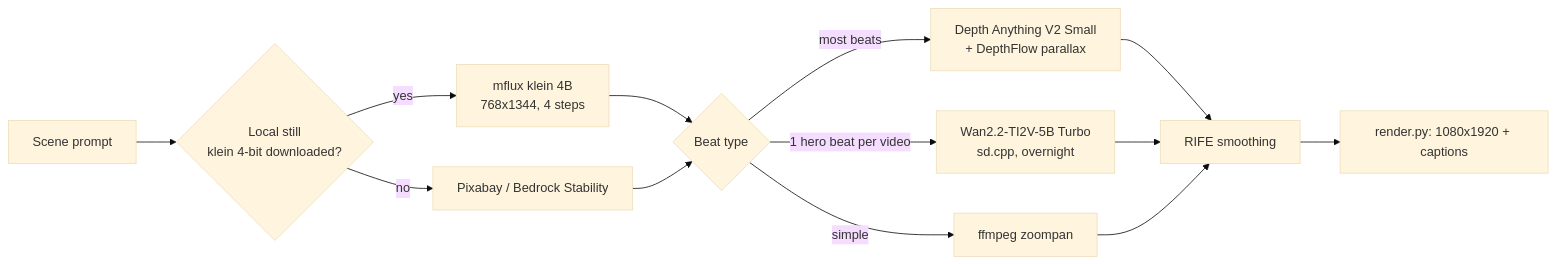
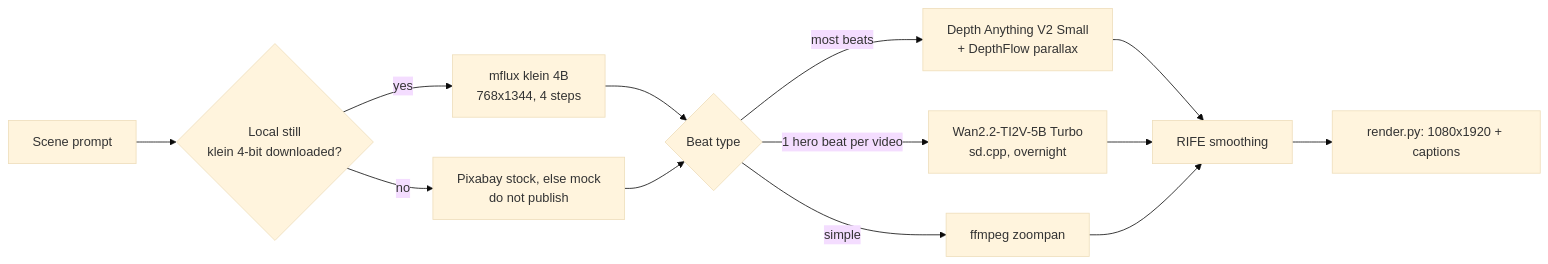
One commit to bibekgupta3333/instagram_automation changed the diagram in docs/4-production/18-local-image-video-models.md. Above: the diagram before and after it, drawn with Mermaid (base theme). The commit also changed other lines of this file and 22 other files, not shown here.

````diff
--- a/docs/4-production/18-local-image-video-models.md
+++ b/docs/4-production/18-local-image-video-models.md
@@ -25,12 +25,12 @@
 ```mermaid
 flowchart LR
     S[Scene prompt] --> I{Local still<br/>klein 4-bit downloaded?}
     I -->|yes| K[mflux klein 4B<br/>768x1344, 4 steps]
-    I -->|no| P[Pixabay / Bedrock Stability]
+    I -->|no| P[Pixabay stock, else mock<br/>do not publish]
     K --> M{Beat type}
     P --> M
     M -->|most beats| D[Depth Anything V2 Small<br/>+ DepthFlow parallax]
     M -->|1 hero beat per video| W[Wan2.2-TI2V-5B Turbo<br/>sd.cpp, overnight]
     M -->|simple| Z[ffmpeg zoompan]
     D & W & Z --> R[RIFE smoothing] --> F[render.py: 1080x1920 + captions]
 ```
````
